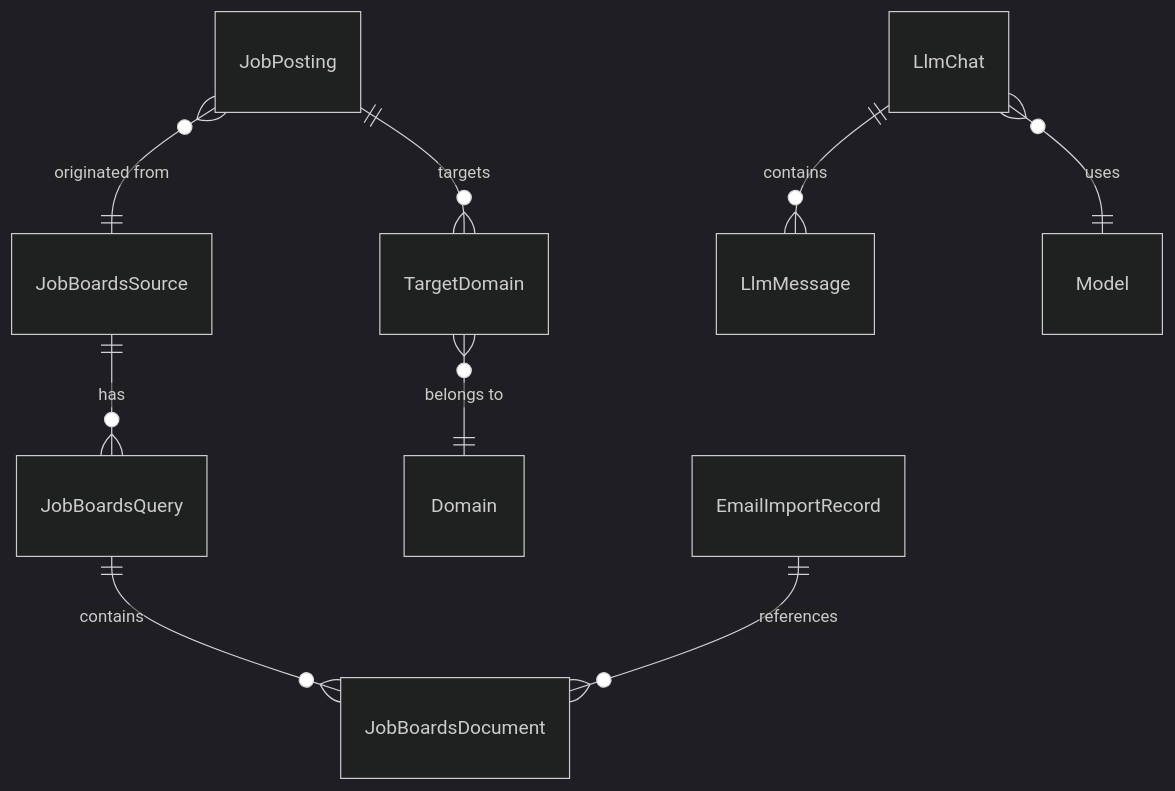
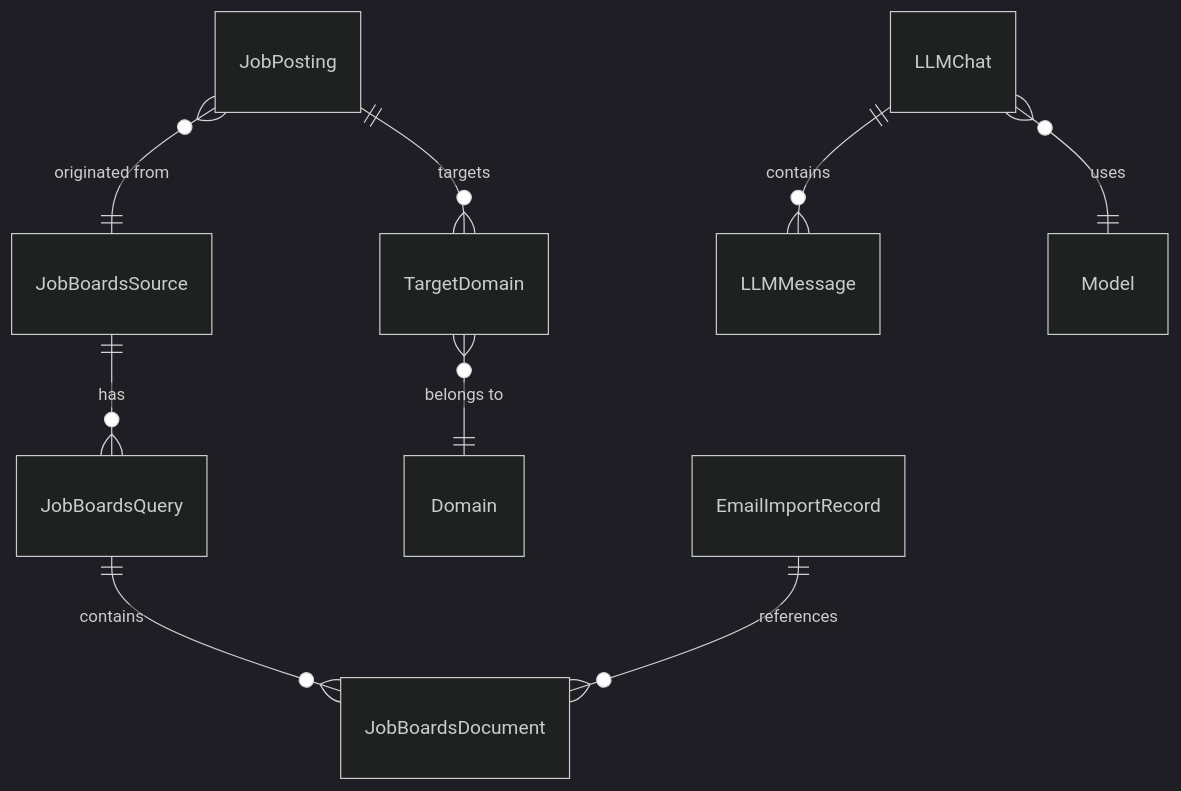
The diagram in README.md (wwworkremote/core), drawn with Mermaid (dark theme) before and after one commit. The commit also changed 9 other files, not shown here.

````diff
--- a/README.md
+++ b/README.md
@@ -62,11 +62,11 @@
 ```mermaid
 erDiagram
     JobBoardsSource ||--o{ JobBoardsQuery : "has"
     JobBoardsQuery ||--o{ JobBoardsDocument : "contains"
     JobPosting }o--|| JobBoardsSource : "originated from"
     JobPosting ||--o{ TargetDomain : "targets"
     TargetDomain }o--|| Domain : "belongs to"
-    LlmChat ||--o{ LlmMessage : "contains"
-    LlmChat }o--|| Model : "uses"
+    LLMChat ||--o{ LLMMessage : "contains"
+    LLMChat }o--|| Model : "uses"
     EmailImportRecord ||--o{ JobBoardsDocument : "references"
 ```
````
